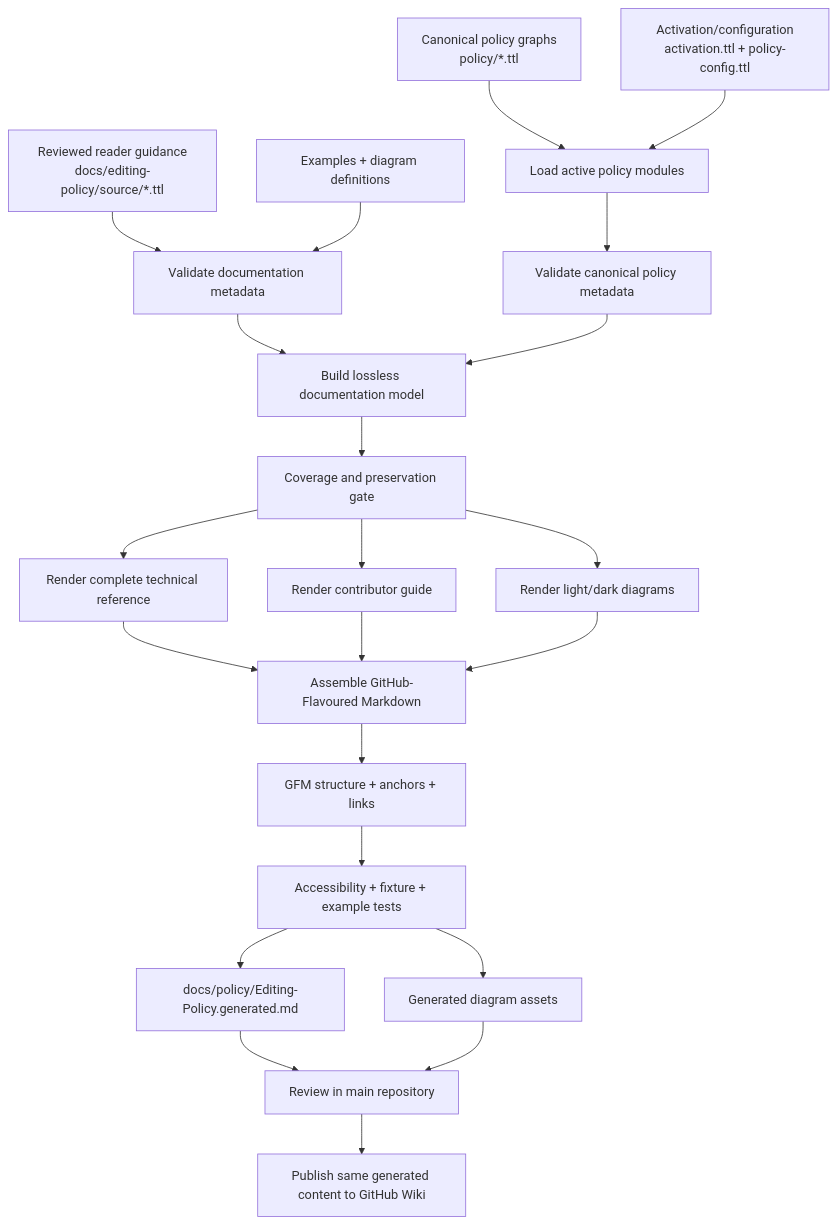
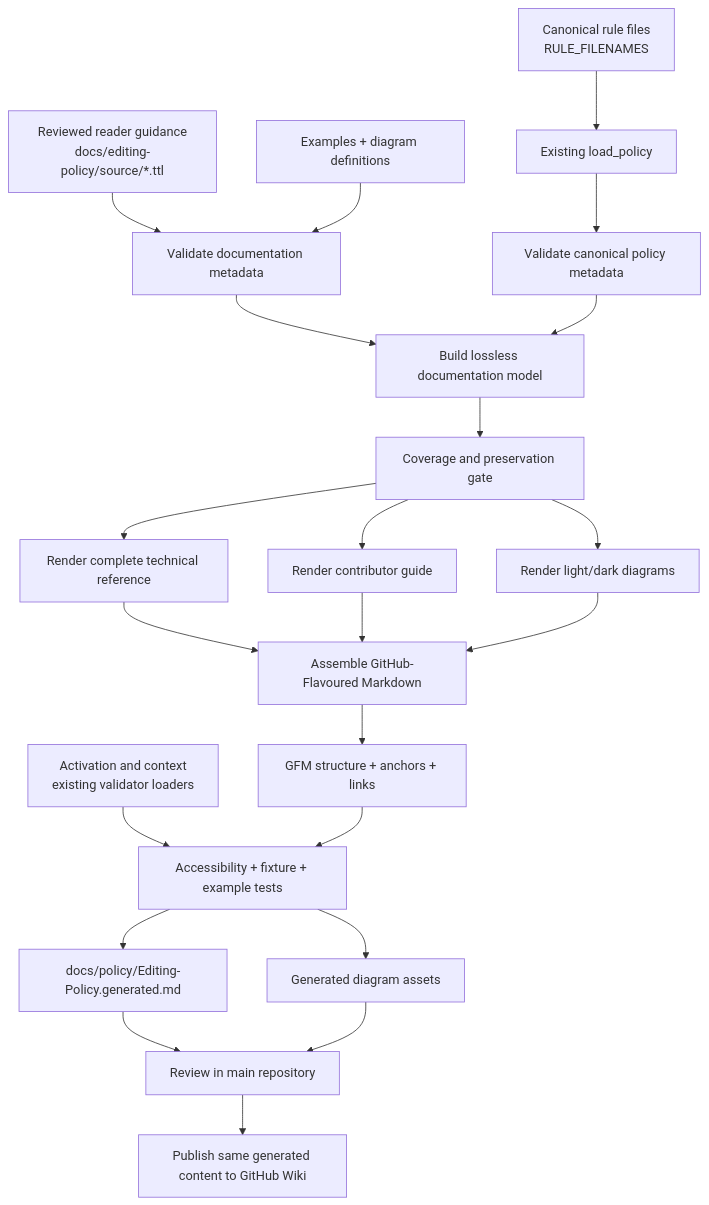
One commit to Hadden-Industries/universal-ontology changed the diagram in docs/plans/2026-09-18-editing-policy-redesign.md. Above: the diagram before and after it, drawn with Mermaid. The commit also changed other lines of this file, not shown here.

First line of the commit message:
docs(policy): Refresh editing policy redesign implementation plan

````diff
--- a/docs/plans/2026-09-18-editing-policy-redesign.md
+++ b/docs/plans/2026-09-18-editing-policy-redesign.md
@@ -756,28 +908,28 @@
 ```mermaid
 flowchart TD
-    A["Canonical policy graphs<br/>policy/*.ttl"] --> E["Load active policy modules"]
-    B["Activation/configuration<br/>activation.ttl + policy-config.ttl"] --> E
+    A["Canonical rule files<br/>RULE_FILENAMES"] --> E["Existing load_policy"]
+    B["Activation and context<br/>existing validator loaders"] --> O
     C["Reviewed reader guidance<br/>docs/editing-policy/source/*.ttl"] --> F["Validate documentation metadata"]
     D["Examples + diagram definitions"] --> F
 
     E --> G["Validate canonical policy metadata"]
     F --> H["Build lossless documentation model"]
     G --> H
 
     H --> I["Coverage and preservation gate"]
     I --> J["Render complete technical reference"]
     I --> K["Render contributor guide"]
     I --> L["Render light/dark diagrams"]
 
     J --> M["Assemble GitHub-Flavoured Markdown"]
     K --> M
     L --> M
 
     M --> N["GFM structure + anchors + links"]
     N --> O["Accessibility + fixture + example tests"]
     O --> P["docs/policy/Editing-Policy.generated.md"]
     O --> Q["Generated diagram assets"]
     P --> R["Review in main repository"]
     Q --> R
     R --> S["Publish same generated content to GitHub Wiki"]
 ```
````
